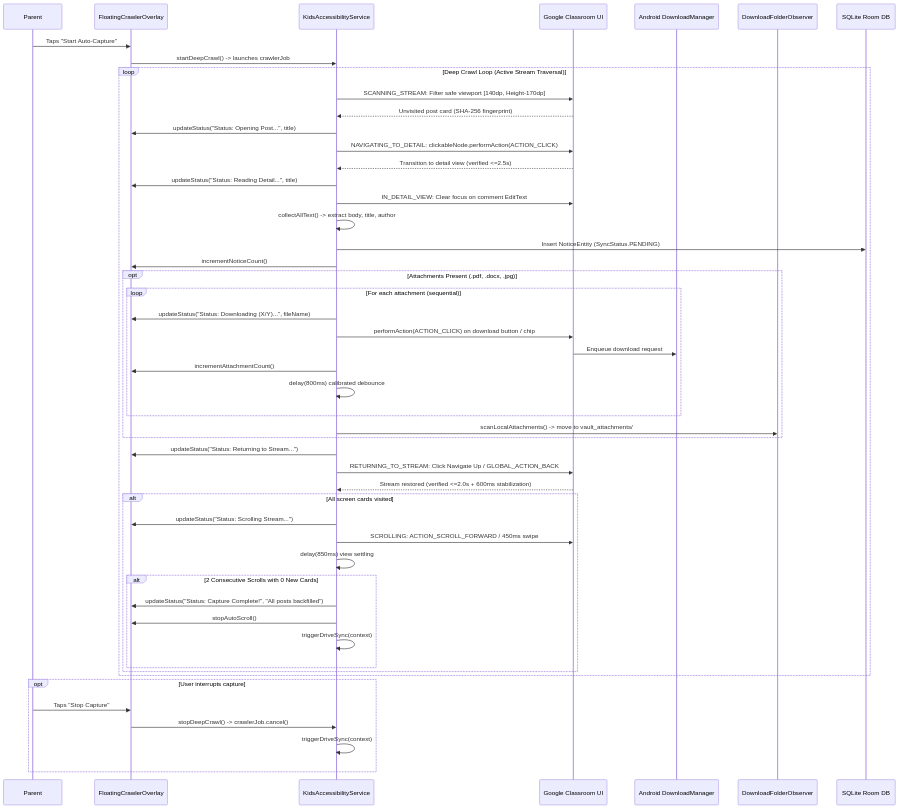
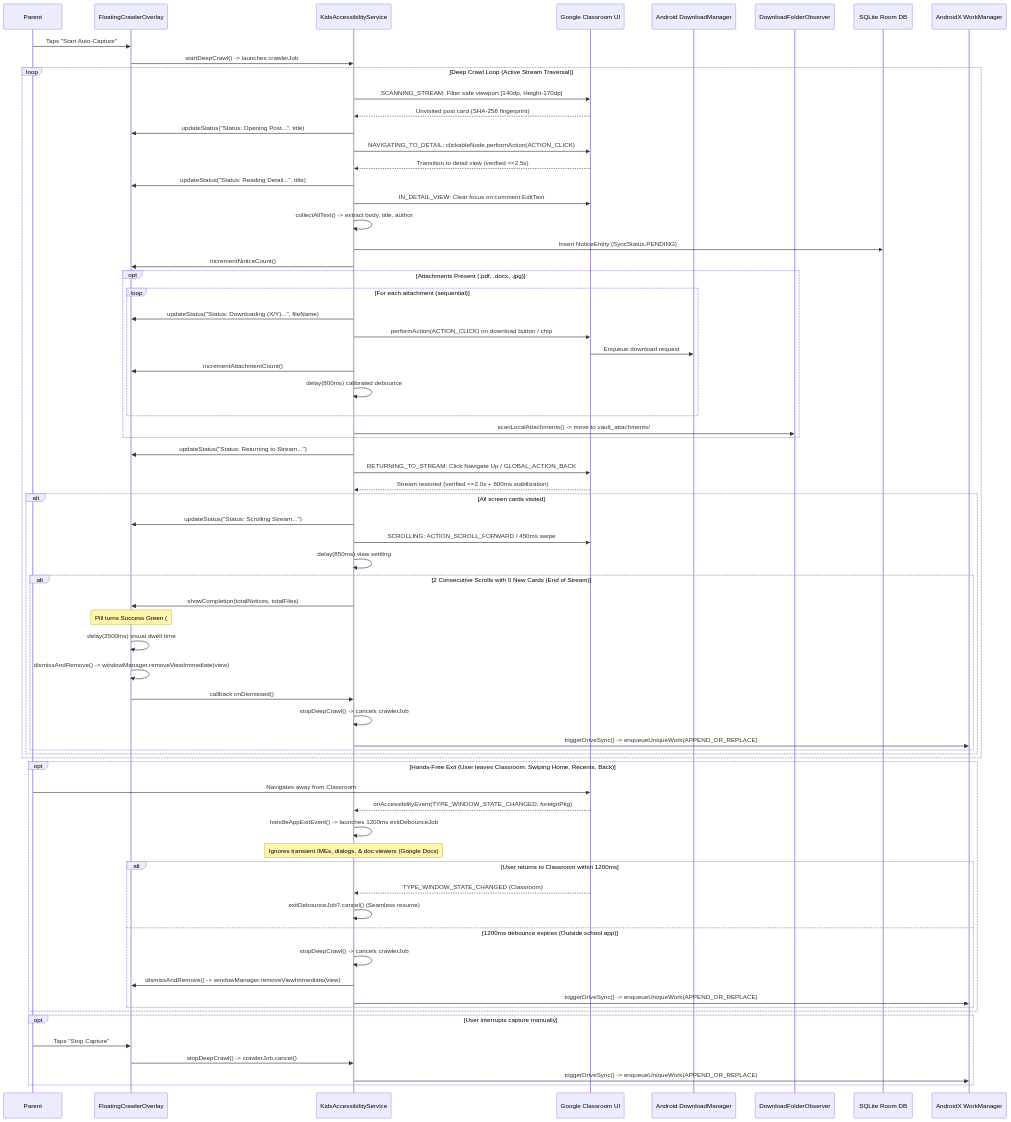
The fourth of 9 diagrams in docs/TECHNICAL_ARCHITECTURE.md (daarshnicsanjeev/K.I.D.S), drawn with Mermaid before and after one commit. The commit also changed other lines of this file and 11 other files, not shown here.

Commit message:
feat(crawler): hands-free auto-stop on exit and auto-close on completion

````diff
--- a/docs/TECHNICAL_ARCHITECTURE.md
+++ b/docs/TECHNICAL_ARCHITECTURE.md
@@ -323,60 +332,80 @@
 ```mermaid
 sequenceDiagram
     participant USR as Parent
     participant OV as FloatingCrawlerOverlay
     participant ACS as KidsAccessibilityService
     participant GC as Google Classroom UI
     participant DM as Android DownloadManager
     participant DFO as DownloadFolderObserver
     participant DB as SQLite Room DB
+    participant WM as AndroidX WorkManager
 
     USR->>OV: Taps "Start Auto-Capture"
     OV->>ACS: startDeepCrawl() -> launches crawlerJob
     
     loop Deep Crawl Loop (Active Stream Traversal)
         ACS->>GC: SCANNING_STREAM: Filter safe viewport [140dp, Height-170dp]
         GC-->>ACS: Unvisited post card (SHA-256 fingerprint)
         
         ACS->>OV: updateStatus("Status: Opening Post...", title)
         ACS->>GC: NAVIGATING_TO_DETAIL: clickableNode.performAction(ACTION_CLICK)
         GC-->>ACS: Transition to detail view (verified <=2.5s)
         
         ACS->>OV: updateStatus("Status: Reading Detail...", title)
         ACS->>GC: IN_DETAIL_VIEW: Clear focus on comment EditText
         ACS->>ACS: collectAllText() -> extract body, title, author
         ACS->>DB: Insert NoticeEntity (SyncStatus.PENDING)
         ACS->>OV: incrementNoticeCount()
         
         opt Attachments Present (.pdf, .docx, .jpg)
             loop For each attachment (sequential)
                 ACS->>OV: updateStatus("Status: Downloading (X/Y)...", fileName)
                 ACS->>GC: performAction(ACTION_CLICK) on download button / chip
                 GC->>DM: Enqueue download request
                 ACS->>OV: incrementAttachmentCount()
                 ACS->>ACS: delay(800ms) calibrated debounce
             end
             ACS->>DFO: scanLocalAttachments() -> move to vault_attachments/
         end
         
         ACS->>OV: updateStatus("Status: Returning to Stream...")
         ACS->>GC: RETURNING_TO_STREAM: Click Navigate Up / GLOBAL_ACTION_BACK
         GC-->>ACS: Stream restored (verified <=2.0s + 600ms stabilization)
         
         alt All screen cards visited
             ACS->>OV: updateStatus("Status: Scrolling Stream...")
             ACS->>GC: SCROLLING: ACTION_SCROLL_FORWARD / 450ms swipe
             ACS->>ACS: delay(850ms) view settling
-            alt 2 Consecutive Scrolls with 0 New Cards
-                ACS->>OV: updateStatus("Status: Capture Complete!", "All posts backfilled")
-                ACS->>OV: stopAutoScroll()
-                ACS->>ACS: triggerDriveSync(context)
+            alt 2 Consecutive Scrolls with 0 New Cards (End of Stream)
+                ACS->>OV: showCompletion(totalNotices, totalFiles)
+                Note over OV: Pill turns Success Green (#1B4D3E / #4ADE80)<br/>Displays "✓ Backfill Complete!" for 2.5s
+                OV->>OV: delay(2500ms) visual dwell time
+                OV->>OV: dismissAndRemove() -> windowManager.removeViewImmediate(view)
+                OV->>ACS: callback onDismissed()
+                ACS->>ACS: stopDeepCrawl() -> cancels crawlerJob
+                ACS->>WM: triggerDriveSync() -> enqueueUniqueWork(APPEND_OR_REPLACE)
             end
         end
     end
 
-    opt User interrupts capture
+    opt Hands-Free Exit (User leaves Classroom: Swiping Home, Recents, Back)
+        USR->>GC: Navigates away from Classroom
+        GC-->>ACS: onAccessibilityEvent(TYPE_WINDOW_STATE_CHANGED, foreignPkg)
+        ACS->>ACS: handleAppExitEvent() -> launches 1200ms exitDebounceJob
+        Note over ACS: Ignores transient IMEs, dialogs, & doc viewers (Google Docs)
+        alt User returns to Classroom within 1200ms
+            GC-->>ACS: TYPE_WINDOW_STATE_CHANGED (Classroom)
+            ACS->>ACS: exitDebounceJob?.cancel() (Seamless resume)
+        else 1200ms debounce expires (Outside school app)
+            ACS->>ACS: stopDeepCrawl() -> cancels crawlerJob
+            ACS->>OV: dismissAndRemove() -> windowManager.removeViewImmediate(view)
+            ACS->>WM: triggerDriveSync() -> enqueueUniqueWork(APPEND_OR_REPLACE)
+        end
+    end
+
+    opt User interrupts capture manually
         USR->>OV: Taps "Stop Capture"
         OV->>ACS: stopDeepCrawl() -> crawlerJob.cancel()
-        ACS->>ACS: triggerDriveSync(context)
+        ACS->>WM: triggerDriveSync() -> enqueueUniqueWork(APPEND_OR_REPLACE)
     end
 ```
````
